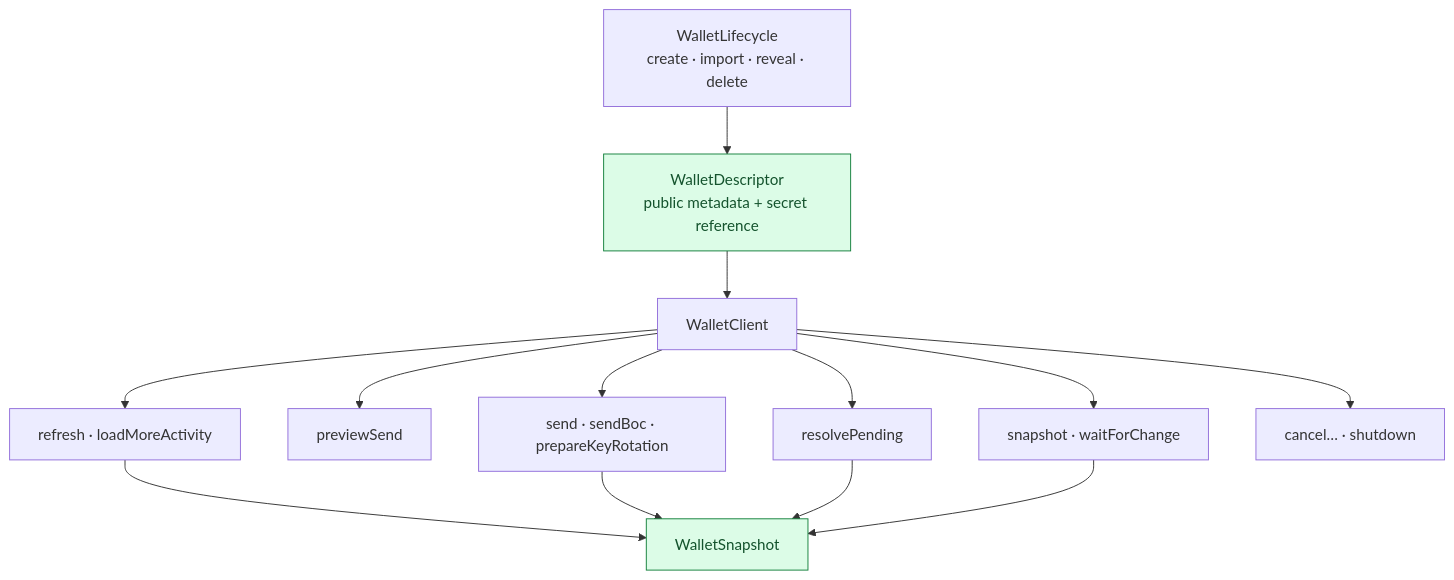
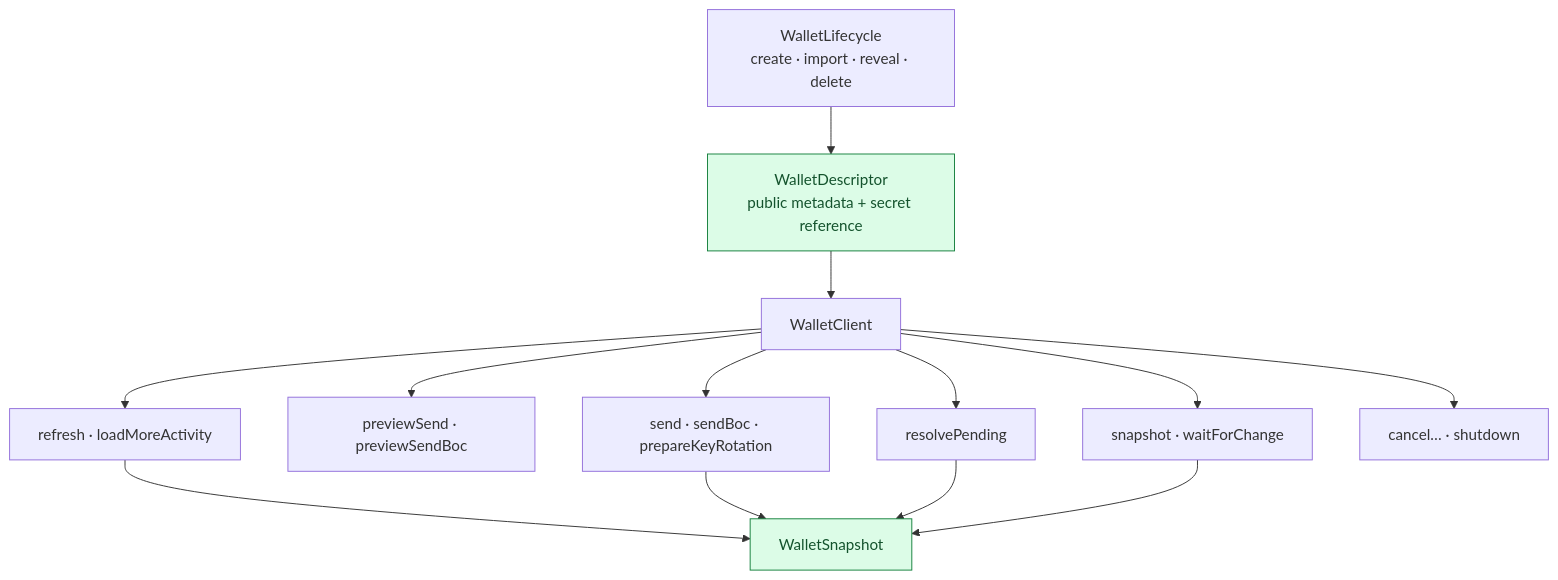
One commit to i582/wallet-engine changed the first of 9 diagrams in README.md. Above: the diagram before and after it, drawn with Mermaid. The commit also changed other lines of this file and 3 other files, not shown here.

````diff
--- a/README.md
+++ b/README.md
@@ -397,20 +397,20 @@
 ```mermaid
 flowchart TD
     Lifecycle["WalletLifecycle<br/>create · import · reveal · delete"]
     Descriptor["WalletDescriptor<br/>public metadata + secret reference"]
     Lifecycle --> Descriptor
     Descriptor --> Client["WalletClient"]
     Client --> Read["refresh · loadMoreActivity"]
-    Client --> Preview["previewSend"]
+    Client --> Preview["previewSend · previewSendBoc"]
     Client --> Send["send · sendBoc · prepareKeyRotation"]
     Client --> Resolve["resolvePending"]
     Client --> Observe["snapshot · waitForChange"]
     Read --> Snapshot["WalletSnapshot"]
     Send --> Snapshot
     Resolve --> Snapshot
     Observe --> Snapshot
     Client --> Stop["cancel… · shutdown"]
 
     classDef result fill:#dcfce7,stroke:#15803d,color:#14532d;
     class Descriptor,Snapshot result;
 ```
````
